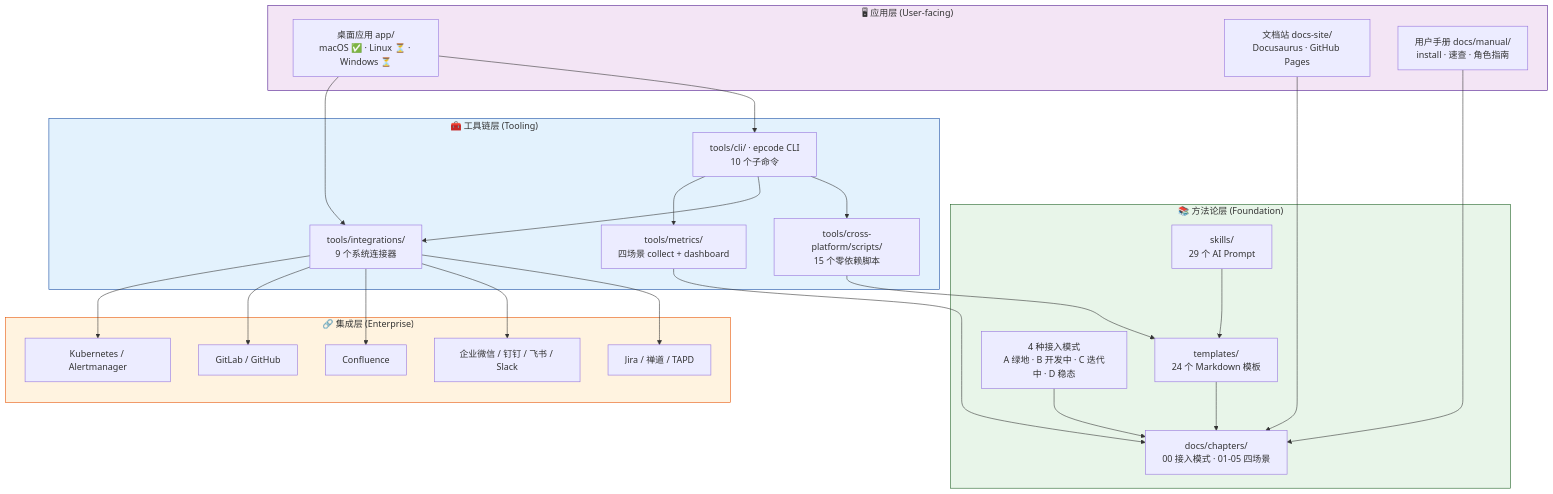
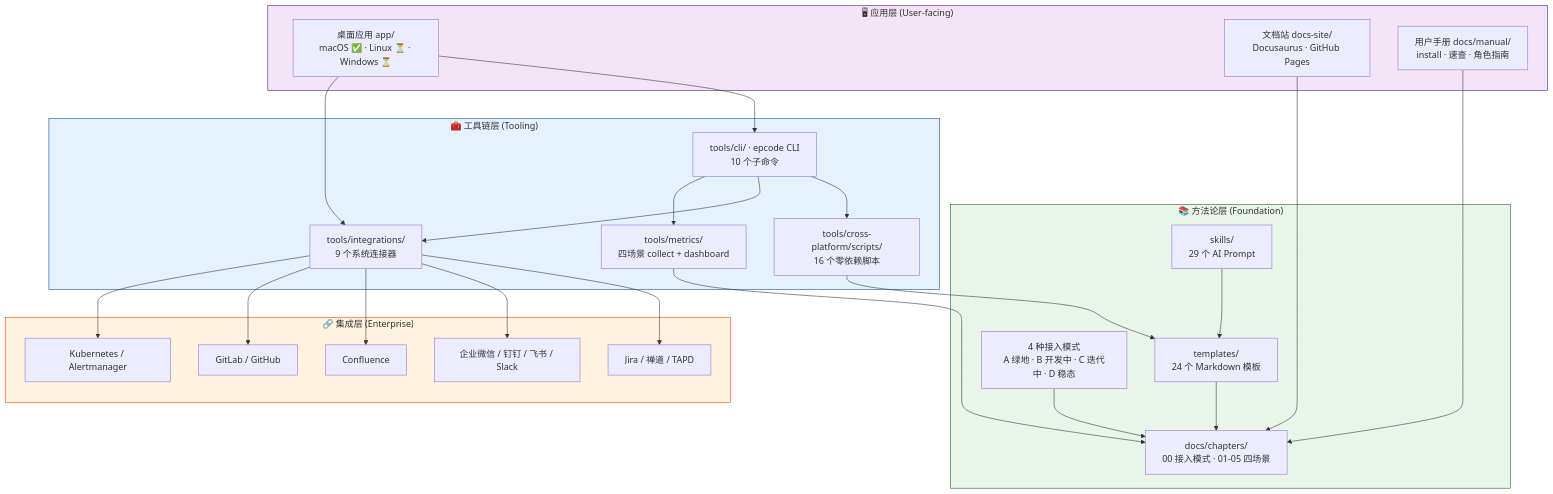
Before and after one commit to epcode-ai/ep-code-ai: the first of 4 diagrams in ARCHITECTURE.md, drawn with Mermaid. The commit also changed other lines of this file and 8 other files, not shown here.

````diff
--- a/ARCHITECTURE.md
+++ b/ARCHITECTURE.md
@@ -19,56 +19,56 @@
 ```mermaid
 graph TB
     subgraph L4 ["🖥 应用层 (User-facing)"]
         APP[桌面应用 app/<br/>macOS ✅ · Linux ⏳ · Windows ⏳]
         SITE[文档站 docs-site/<br/>Docusaurus · GitHub Pages]
         MANUAL[用户手册 docs/manual/<br/>install · 速查 · 角色指南]
     end
 
     subgraph L3 ["🔗 集成层 (Enterprise)"]
         JIRA[Jira / 禅道 / TAPD]
         IM[企业微信 / 钉钉 / 飞书 / Slack]
         CONF[Confluence]
         GITLAB[GitLab / GitHub]
         K8S[Kubernetes / Alertmanager]
     end
 
     subgraph L2 ["🧰 工具链层 (Tooling)"]
         CLI[tools/cli/ · epcode CLI<br/>10 个子命令]
-        SCRIPTS[tools/cross-platform/scripts/<br/>15 个零依赖脚本]
+        SCRIPTS[tools/cross-platform/scripts/<br/>16 个零依赖脚本]
         METRICS[tools/metrics/<br/>四场景 collect + dashboard]
         INTEG[tools/integrations/<br/>9 个系统连接器]
     end
 
     subgraph L1 ["📚 方法论层 (Foundation)"]
         CHAP[docs/chapters/<br/>00 接入模式 · 01-05 四场景]
         TPL[templates/<br/>24 个 Markdown 模板]
         SKILL[skills/<br/>29 个 AI Prompt]
         ADOPT[4 种接入模式<br/>A 绿地 · B 开发中 · C 迭代中 · D 稳态]
     end
 
     APP --> CLI
     APP --> INTEG
     SITE --> CHAP
     MANUAL --> CHAP
 
     CLI --> SCRIPTS
     CLI --> INTEG
     CLI --> METRICS
     SCRIPTS --> TPL
 
     INTEG --> JIRA
     INTEG --> IM
     INTEG --> CONF
     INTEG --> GITLAB
     INTEG --> K8S
 
     METRICS --> CHAP
     SKILL --> TPL
     TPL --> CHAP
     ADOPT --> CHAP
 
     style L1 fill:#e8f5e9,stroke:#1b5e20
     style L2 fill:#e3f2fd,stroke:#0d47a1
     style L3 fill:#fff3e0,stroke:#e65100
     style L4 fill:#f3e5f5,stroke:#4a148c
 ```
````
